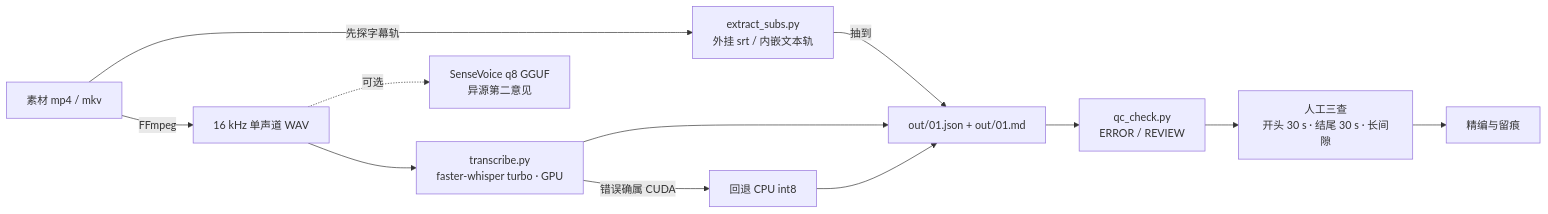
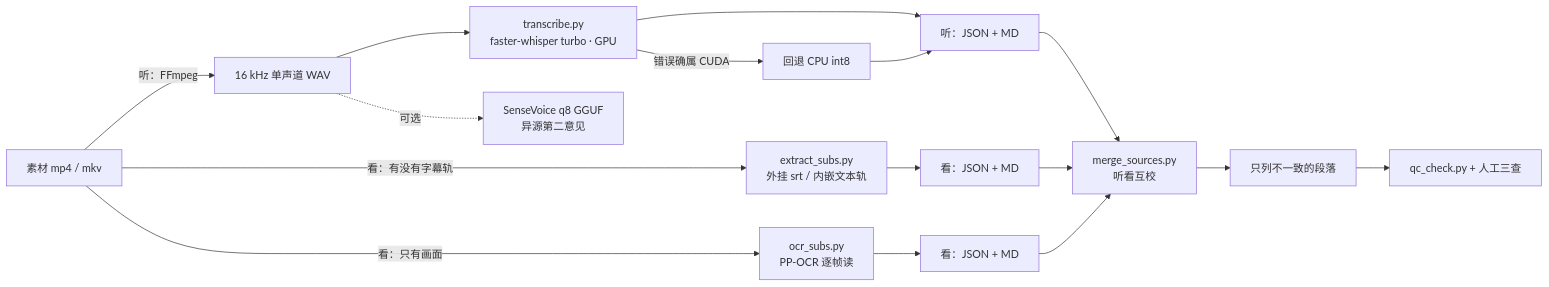
One commit to ChenChen913/asr-transcription-skill changed the diagram in README.md. Above: the diagram before and after it, drawn with Mermaid. The commit also changed other lines of this file and 14 other files, not shown here.

````diff
--- a/README.md
+++ b/README.md
@@ -17,14 +17,18 @@
 ```mermaid
 flowchart LR
-    A["素材 mp4 / mkv"] -->|"先探字幕轨"| S["extract_subs.py<br/>外挂 srt / 内嵌文本轨"]
-    A -->|FFmpeg| B["16 kHz 单声道 WAV"]
-    S -->|抽到| D["out/01.json + out/01.md"]
+    A["素材 mp4 / mkv"] -->|"听：FFmpeg"| B["16 kHz 单声道 WAV"]
+    A -->|"看：有没有字幕轨"| S["extract_subs.py<br/>外挂 srt / 内嵌文本轨"]
+    A -->|"看：只有画面"| O["ocr_subs.py<br/>PP-OCR 逐帧读"]
     B --> C["transcribe.py<br/>faster-whisper turbo · GPU"]
     C -->|"错误确属 CUDA"| C2["回退 CPU int8"]
-    C --> D
-    C2 --> D
-    D --> E["qc_check.py<br/>ERROR / REVIEW"]
-    E --> F["人工三查<br/>开头 30 s · 结尾 30 s · 长间隙"]
-    F --> G["精编与留痕"]
+    C --> W["听：JSON + MD"]
+    C2 --> W
+    S --> W2["看：JSON + MD"]
+    O --> W3["看：JSON + MD"]
+    W --> M["merge_sources.py<br/>听看互校"]
+    W2 --> M
+    W3 --> M
+    M --> R["只列不一致的段落"]
+    R --> E["qc_check.py + 人工三查"]
     B -.->|可选| H["SenseVoice q8 GGUF<br/>异源第二意见"]
 ```
````
